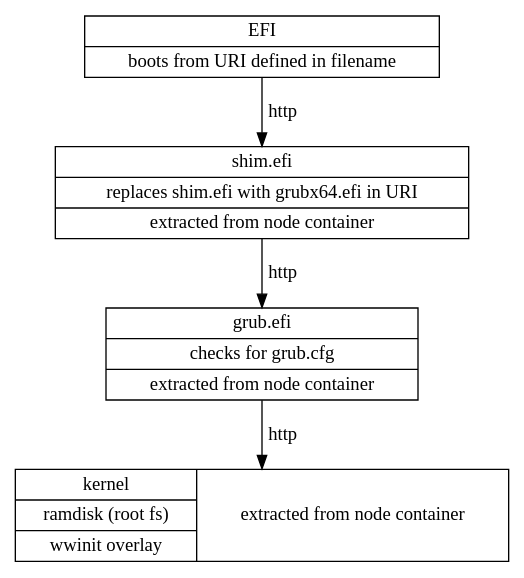
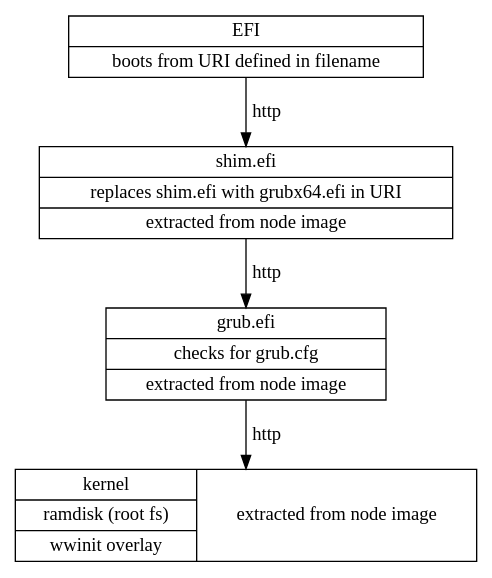
The fourth of 4 diagrams in userdocs/contents/boot-management.rst (warewulf/warewulf), drawn with Graphviz before and after one commit. The commit also changed other lines of this file and 178 other files, not shown here.

First line of the commit message:
Rename "container" to "image"

```diff
--- a/userdocs/contents/boot-management.rst
+++ b/userdocs/contents/boot-management.rst
@@ -288,12 +288,12 @@
 .. graphviz::
 
   digraph G{
       node [shape=box];
       efi [shape=record label="{EFI|boots from URI defined in filename}"];
-      shim [shape=record label="{shim.efi|replaces shim.efi with grubx64.efi in URI|extracted from node container}"];
-      grub [shape=record label="{grub.efi|checks for grub.cfg|extracted from node container}"]
-      kernel [shape=record label="{kernel|ramdisk (root fs)|wwinit overlay}|extracted from node container"];
+      shim [shape=record label="{shim.efi|replaces shim.efi with grubx64.efi in URI|extracted from node image}"];
+      grub [shape=record label="{grub.efi|checks for grub.cfg|extracted from node image}"]
+      kernel [shape=record label="{kernel|ramdisk (root fs)|wwinit overlay}|extracted from node image"];
       efi->shim [label="http"];
       shim->grub [label="http"];
       grub->kernel [label="http"];
     }
```
